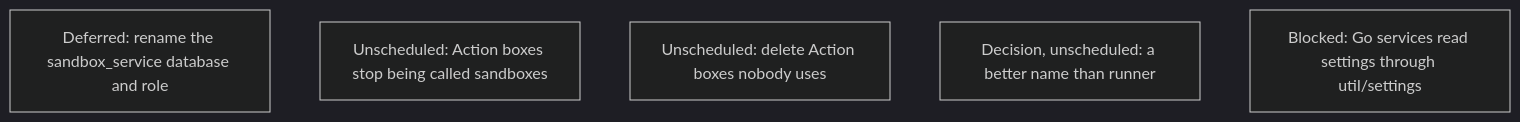
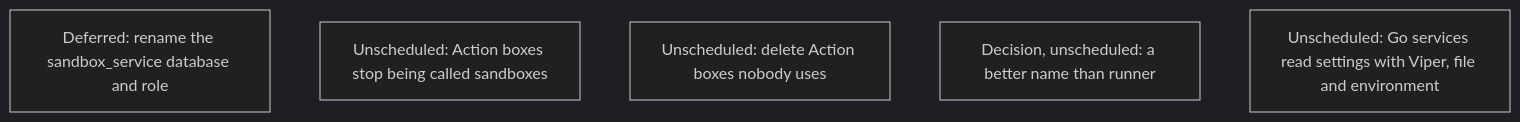
One commit to agentydragon-agent/ducktape changed diagram 12 of 17 in agentplane/plans/task_dag.md. Above: the diagram before and after it, drawn with Mermaid (dark theme). The commit also changed other lines of this file, not shown here.

First line of the commit message:
agentplane: point the Go settings DAG node at Viper (#11118)

````diff
--- a/agentplane/plans/task_dag.md
+++ b/agentplane/plans/task_dag.md
@@ -1599,8 +1599,8 @@
 ```mermaid
 flowchart TD
     HISTORY_DATABASE_RENAME[Deferred: rename the sandbox_service database and role]
     ACTION_BOX_RENAME[Unscheduled: Action boxes stop being called sandboxes]
     ACTION_BOX_IDLE_REAPER[Unscheduled: delete Action boxes nobody uses]
     RUNNER_RENAME[Decision, unscheduled: a better name than runner]
-    GO_SERVICES_SETTINGS_LOADER[Blocked: Go services read settings through util/settings]
+    GO_SERVICES_SETTINGS_LOADER[Unscheduled: Go services read settings with Viper, file and environment]
 ```
````
